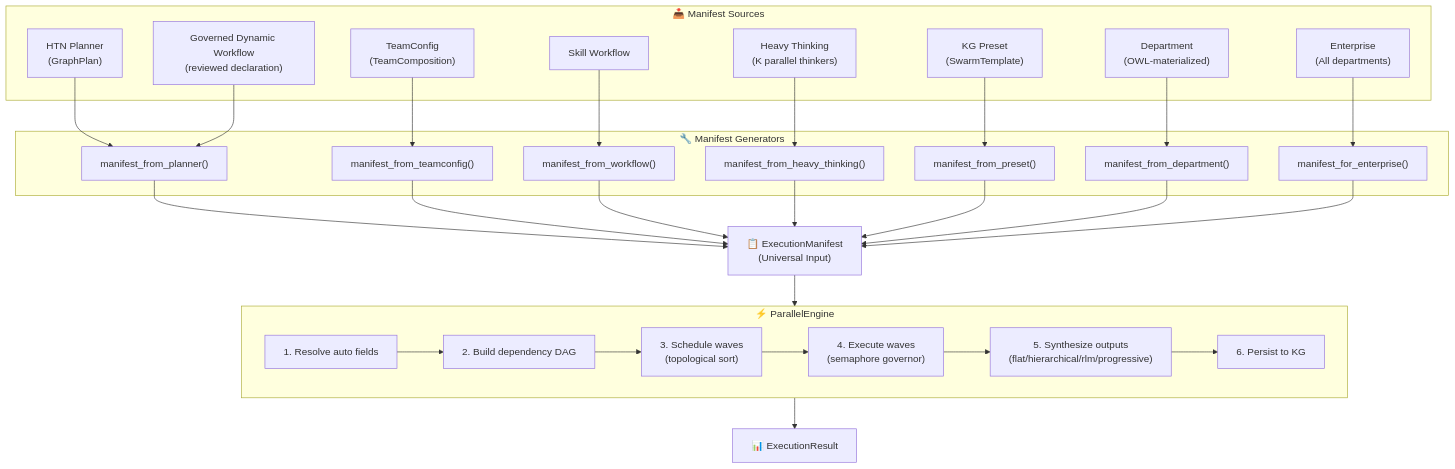
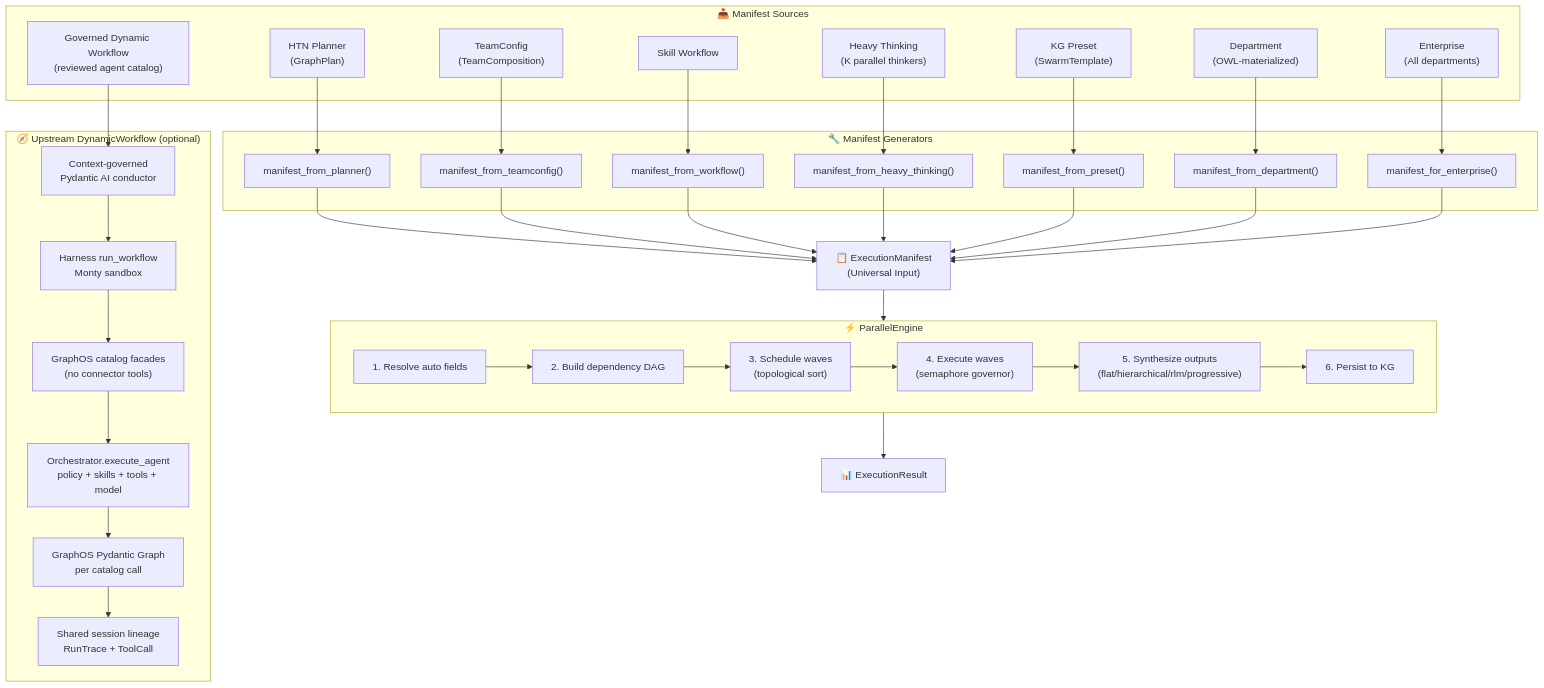
One commit to Knuckles-Team/agent-utilities changed the first of 2 diagrams in docs/pillars/1_graph_orchestration/ORCH-1.8-Parallel_Engine.md. Above: the diagram before and after it, drawn with Mermaid. The commit also changed other lines of this file and 10 other files, not shown here.

Commit message:
feat(orchestration): govern upstream dynamic workflows

````diff
--- a/docs/pillars/1_graph_orchestration/ORCH-1.8-Parallel_Engine.md
+++ b/docs/pillars/1_graph_orchestration/ORCH-1.8-Parallel_Engine.md
@@ -24,50 +24,60 @@
 ```mermaid
 graph TB
     subgraph INPUT["📥 Manifest Sources"]
         PLANNER["HTN Planner<br/>(GraphPlan)"]
         TEAM["TeamConfig<br/>(TeamComposition)"]
         WORKFLOW["Skill Workflow"]
         HEAVY["Heavy Thinking<br/>(K parallel thinkers)"]
         PRESET["KG Preset<br/>(SwarmTemplate)"]
         DEPT["Department<br/>(OWL-materialized)"]
         ENTERPRISE["Enterprise<br/>(All departments)"]
-        DYNAMIC["Governed Dynamic Workflow<br/>(reviewed declaration)"]
+        DYNAMIC["Governed Dynamic Workflow<br/>(reviewed agent catalog)"]
     end
 
     subgraph GENERATORS["🔧 Manifest Generators"]
         G1["manifest_from_planner()"]
         G2["manifest_from_teamconfig()"]
         G3["manifest_from_workflow()"]
         G4["manifest_from_heavy_thinking()"]
         G5["manifest_from_preset()"]
         G6["manifest_from_department()"]
         G7["manifest_for_enterprise()"]
     end
 
     MANIFEST["📋 ExecutionManifest<br/>(Universal Input)"]
 
     subgraph ENGINE["⚡ ParallelEngine"]
         RESOLVE["1. Resolve auto fields"]
         DAG["2. Build dependency DAG"]
         SCHEDULE["3. Schedule waves<br/>(topological sort)"]
         EXECUTE["4. Execute waves<br/>(semaphore governor)"]
         SYNTH["5. Synthesize outputs<br/>(flat/hierarchical/rlm/progressive)"]
         PERSIST["6. Persist to KG"]
     end
 
     RESULT["📊 ExecutionResult"]
 
+    subgraph HARNESS["🧭 Upstream DynamicWorkflow (optional)"]
+        CONDUCTOR["Context-governed<br/>Pydantic AI conductor"]
+        MONTY["Harness run_workflow<br/>Monty sandbox"]
+        CATALOG["GraphOS catalog facades<br/>(no connector tools)"]
+        DISPATCH["Orchestrator.execute_agent<br/>policy + skills + tools + model"]
+        AGENTGRAPH["GraphOS Pydantic Graph<br/>per catalog call"]
+        RUNTRACE["Shared session lineage<br/>RunTrace + ToolCall"]
+    end
+
     PLANNER --> G1
     TEAM --> G2
     WORKFLOW --> G3
     HEAVY --> G4
     PRESET --> G5
     DEPT --> G6
     ENTERPRISE --> G7
-    DYNAMIC --> G1
+    DYNAMIC --> CONDUCTOR --> MONTY --> CATALOG --> DISPATCH
+    DISPATCH --> AGENTGRAPH --> RUNTRACE
 
     G1 & G2 & G3 & G4 & G5 & G6 & G7 --> MANIFEST
     MANIFEST --> ENGINE
     RESOLVE --> DAG --> SCHEDULE --> EXECUTE --> SYNTH --> PERSIST
     ENGINE --> RESULT
 ```
````
